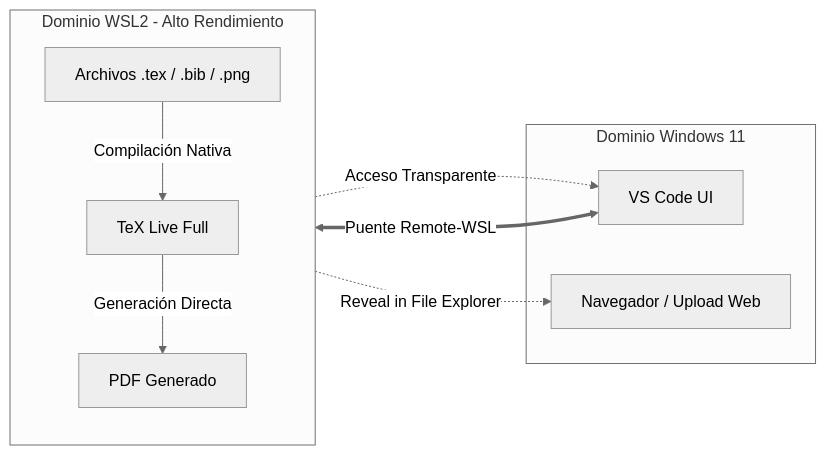
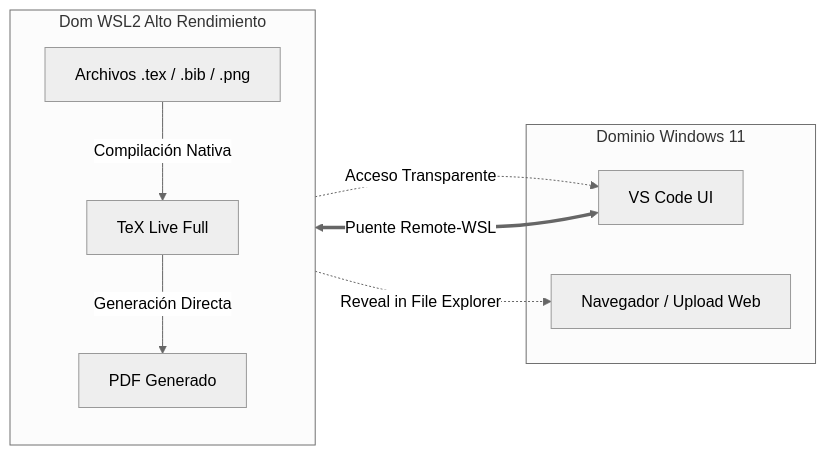
One commit to touxstone/bug-free-funicular changed the diagram in p_bitacora/bp08_edit-LaTeX-on-Win-Wsl.md. Above: the diagram before and after it, drawn with Mermaid (neutral theme).

Commit message:
fixing graphTD

````diff
--- a/p_bitacora/bp08_edit-LaTeX-on-Win-Wsl.md
+++ b/p_bitacora/bp08_edit-LaTeX-on-Win-Wsl.md
@@ -30,21 +30,21 @@
 ```mermaid
 graph LR
     subgraph Win11 [Dominio Windows 11]
         VSC[VS Code UI]:::win
         Browser[Navegador / Upload Web]:::win
     end
 
-    subgraph WSL_Ubuntu [Dominio WSL2 - Alto Rendimiento]
+    subgraph WSL_Ubuntu [Dom WSL2 Alto Rendimiento]
         direction TB
         TL[TeX Live Full]:::wsl
         Files[Archivos .tex / .bib / .png]:::wsl
         PDF[PDF Generado]:::wsl
     end
 
     VSC <==>|Puente Remote-WSL| Files
     Files -->|Compilación Nativa| TL
     TL -->|Generación Directa| PDF
     PDF -.->|Acceso Transparente| VSC
     PDF -.->|Reveal in File Explorer| Browser
 
 ```
````
